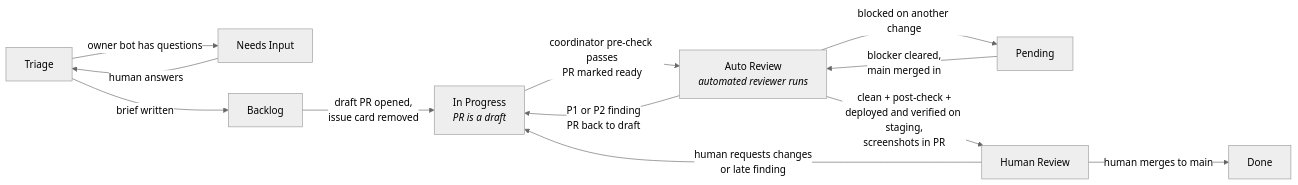
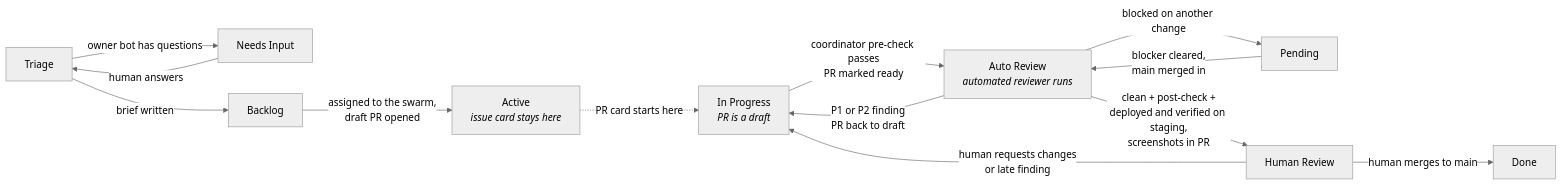
One commit to tangentcode/methodology changed the diagram in diagrams-src/board.mmd. Above: the diagram before and after it, drawn with Mermaid (neutral theme). The commit also changed 11 other files, not shown here.

First line of the commit message:
Board: Active requires a swarm assignment and a real link (#32)

```diff
--- a/diagrams-src/board.mmd
+++ b/diagrams-src/board.mmd
@@ -1,12 +1,13 @@
 flowchart LR
     T[Triage] -->|owner bot has questions| NI[Needs Input]
     NI -->|human answers| T
     T -->|brief written| B[Backlog]
-    B -->|draft PR opened,<br/>issue card removed| IP[In Progress<br/><i>PR is a draft</i>]
+    B[Backlog] -->|assigned to the swarm,<br/>draft PR opened| AC[Active<br/><i>issue card stays here</i>]
+    AC -.->|PR card starts here| IP[In Progress<br/><i>PR is a draft</i>]
     IP -->|coordinator pre-check passes<br/>PR marked ready| AR[Auto Review<br/><i>automated reviewer runs</i>]
     AR -->|P1 or P2 finding<br/>PR back to draft| IP
     AR -->|blocked on another change| P[Pending]
     P -->|blocker cleared,<br/>main merged in| AR
     AR -->|clean + post-check +<br/>deployed and verified on staging,<br/>screenshots in PR| HR[Human Review]
     HR -->|human requests changes<br/>or late finding| IP
     HR -->|human merges to main| D[Done]
```
